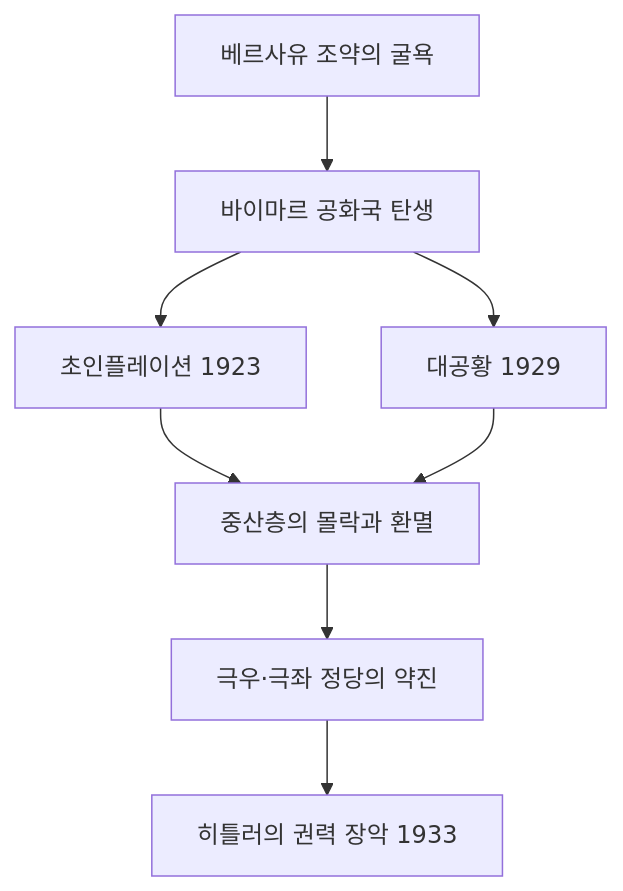
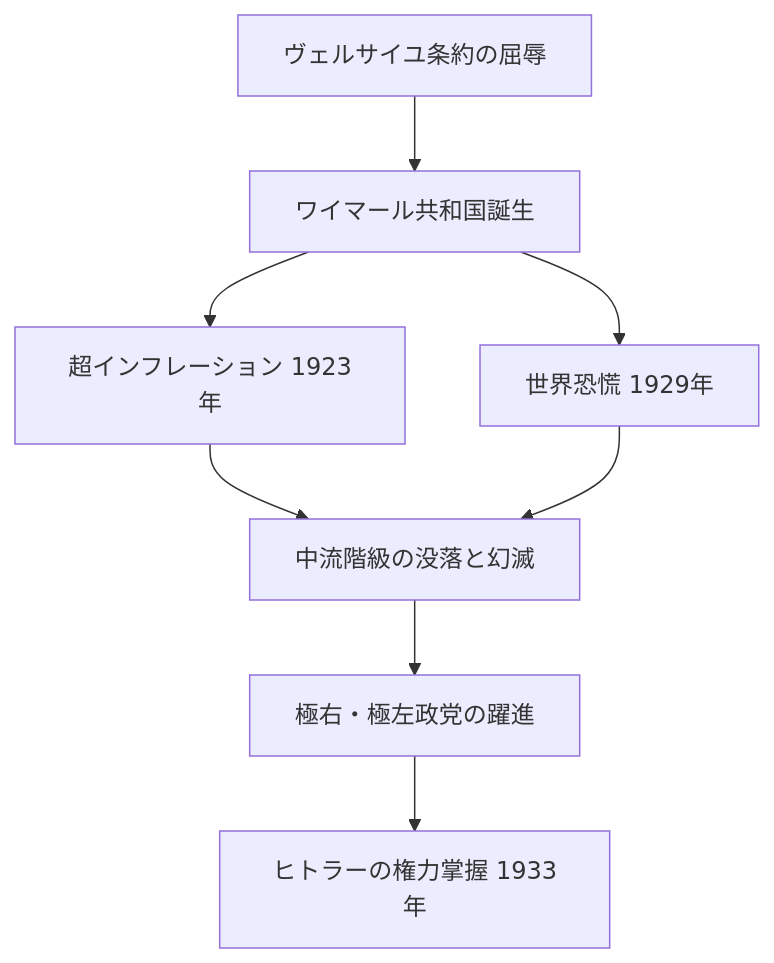
Before and after one commit to yuli3/wiki-oiyo: the diagram in src/content/blog/ja/education-history-everywhere-ch9.mdx, drawn with Mermaid. The commit also changed other lines of this file and 427 other files, not shown here.

````diff
--- a/src/content/blog/ja/education-history-everywhere-ch9.mdx
+++ b/src/content/blog/ja/education-history-everywhere-ch9.mdx
@@ -45,10 +43,10 @@
 ```mermaid
 graph TD
-    A[베르사유 조약의 굴욕] --> B[바이마르 공화국 탄생]
-    B --> C[초인플레이션 1923]
-    B --> D[대공황 1929]
-    C --> E[중산층의 몰락과 환멸]
+    A[ヴェルサイユ条約の屈辱] --> B[ワイマール共和国誕生]
+    B --> C[超インフレーション 1923年]
+    B --> D[世界恐慌 1929年]
+    C --> E[中流階級の没落と幻滅]
     D --> E
-    E --> F[극우·극좌 정당의 약진]
-    F --> G[히틀러의 권력 장악 1933]
+    E --> F[極右・極左政党の躍進]
+    F --> G[ヒトラーの権力掌握 1933年]
 ```
````
